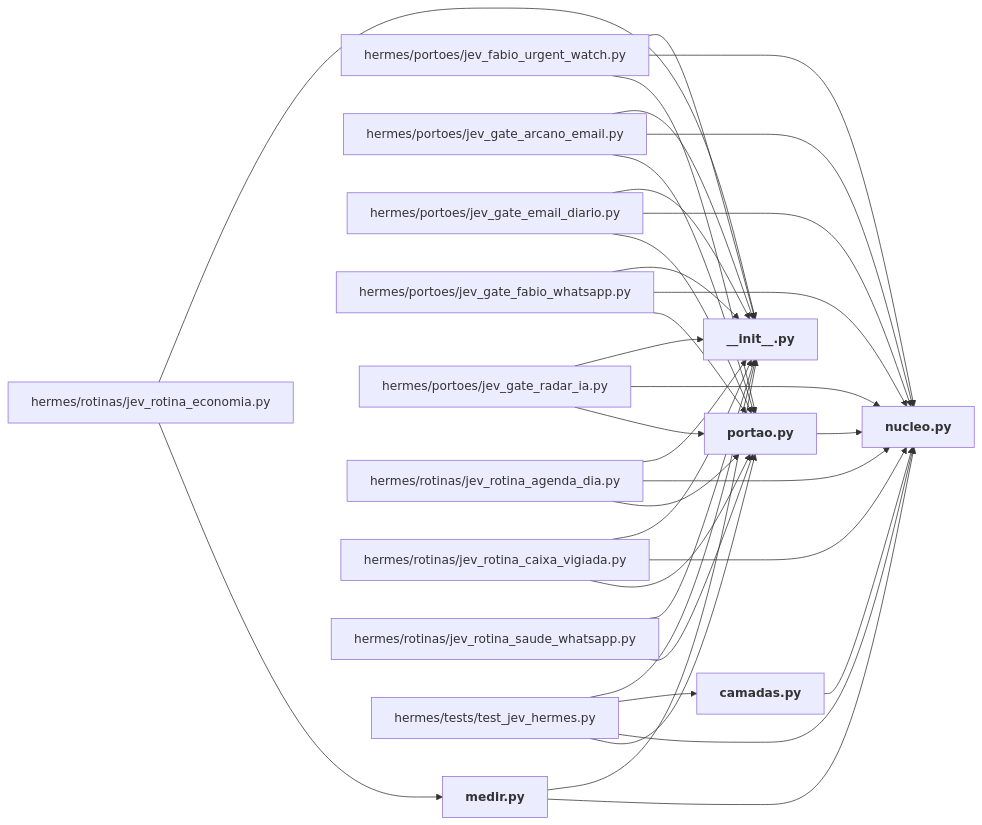
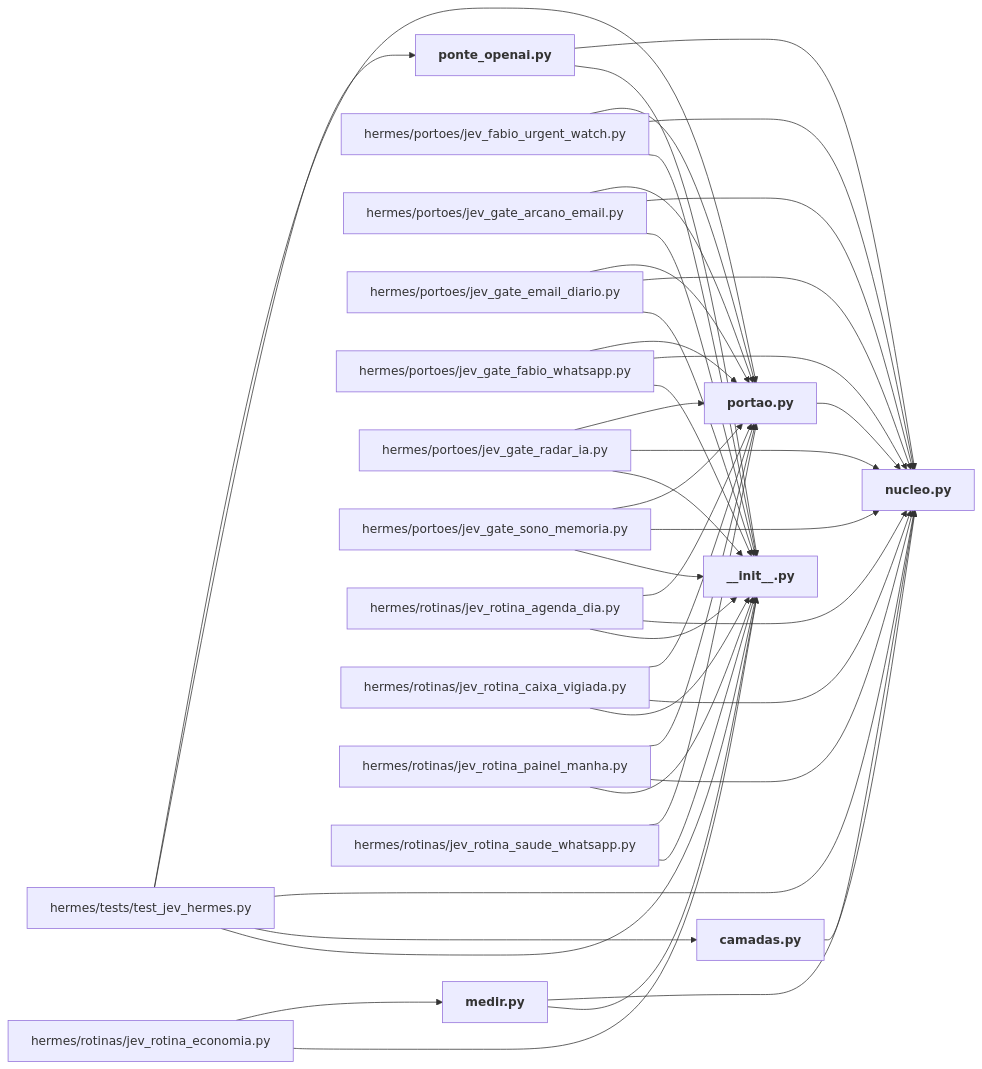
One commit to igormorais123/JEV changed the diagram in mapa/pastas/hermes__jev_hermes.md. Above: the diagram before and after it, drawn with Mermaid. The commit also changed other lines of this file and 44 other files, not shown here.

````diff
--- a/mapa/pastas/hermes__jev_hermes.md
+++ b/mapa/pastas/hermes__jev_hermes.md
@@ -21,51 +22,63 @@
 ```mermaid
 flowchart LR
   n_hermes_jev_hermes___init___py["<b>__init__.py</b>"]
   n_hermes_jev_hermes_camadas_py["<b>camadas.py</b>"]
   n_hermes_jev_hermes_medir_py["<b>medir.py</b>"]
   n_hermes_jev_hermes_nucleo_py["<b>nucleo.py</b>"]
+  n_hermes_jev_hermes_ponte_openai_py["<b>ponte_openai.py</b>"]
   n_hermes_jev_hermes_portao_py["<b>portao.py</b>"]
   n_hermes_portoes_jev_fabio_urgent_watch_py["hermes/portoes/jev_fabio_urgent_watch.py"]
   n_hermes_portoes_jev_gate_arcano_email_py["hermes/portoes/jev_gate_arcano_email.py"]
   n_hermes_portoes_jev_gate_email_diario_py["hermes/portoes/jev_gate_email_diario.py"]
   n_hermes_portoes_jev_gate_fabio_whatsapp_py["hermes/portoes/jev_gate_fabio_whatsapp.py"]
   n_hermes_portoes_jev_gate_radar_ia_py["hermes/portoes/jev_gate_radar_ia.py"]
+  n_hermes_portoes_jev_gate_sono_memoria_py["hermes/portoes/jev_gate_sono_memoria.py"]
   n_hermes_rotinas_jev_rotina_agenda_dia_py["hermes/rotinas/jev_rotina_agenda_dia.py"]
   n_hermes_rotinas_jev_rotina_caixa_vigiada_py["hermes/rotinas/jev_rotina_caixa_vigiada.py"]
   n_hermes_rotinas_jev_rotina_economia_py["hermes/rotinas/jev_rotina_economia.py"]
+  n_hermes_rotinas_jev_rotina_painel_manha_py["hermes/rotinas/jev_rotina_painel_manha.py"]
   n_hermes_rotinas_jev_rotina_saude_whatsapp_py["hermes/rotinas/jev_rotina_saude_whatsapp.py"]
   n_hermes_tests_test_jev_hermes_py["hermes/tests/test_jev_hermes.py"]
   n_hermes_jev_hermes_camadas_py --> n_hermes_jev_hermes_nucleo_py
   n_hermes_jev_hermes_medir_py --> n_hermes_jev_hermes___init___py
   n_hermes_jev_hermes_medir_py --> n_hermes_jev_hermes_nucleo_py
+  n_hermes_jev_hermes_ponte_openai_py --> n_hermes_jev_hermes___init___py
+  n_hermes_jev_hermes_ponte_openai_py --> n_hermes_jev_hermes_nucleo_py
   n_hermes_jev_hermes_portao_py --> n_hermes_jev_hermes_nucleo_py
   n_hermes_portoes_jev_fabio_urgent_watch_py --> n_hermes_jev_hermes___init___py
   n_hermes_portoes_jev_fabio_urgent_watch_py --> n_hermes_jev_hermes_nucleo_py
   n_hermes_portoes_jev_fabio_urgent_watch_py --> n_hermes_jev_hermes_portao_py
   n_hermes_portoes_jev_gate_arcano_email_py --> n_hermes_jev_hermes___init___py
   n_hermes_portoes_jev_gate_arcano_email_py --> n_hermes_jev_hermes_nucleo_py
   n_hermes_portoes_jev_gate_arcano_email_py --> n_hermes_jev_hermes_portao_py
   n_hermes_portoes_jev_gate_email_diario_py --> n_hermes_jev_hermes___init___py
   n_hermes_portoes_jev_gate_email_diario_py --> n_hermes_jev_hermes_nucleo_py
   n_hermes_portoes_jev_gate_email_diario_py --> n_hermes_jev_hermes_portao_py
   n_hermes_portoes_jev_gate_fabio_whatsapp_py --> n_hermes_jev_hermes___init___py
   n_hermes_portoes_jev_gate_fabio_whatsapp_py --> n_hermes_jev_hermes_nucleo_py
   n_hermes_portoes_jev_gate_fabio_whatsapp_py --> n_hermes_jev_hermes_portao_py
   n_hermes_portoes_jev_gate_radar_ia_py --> n_hermes_jev_hermes___init___py
   n_hermes_portoes_jev_gate_radar_ia_py --> n_hermes_jev_hermes_nucleo_py
   n_hermes_portoes_jev_gate_radar_ia_py --> n_hermes_jev_hermes_portao_py
+  n_hermes_portoes_jev_gate_sono_memoria_py --> n_hermes_jev_hermes___init___py
+  n_hermes_portoes_jev_gate_sono_memoria_py --> n_hermes_jev_hermes_nucleo_py
+  n_hermes_portoes_jev_gate_sono_memoria_py --> n_hermes_jev_hermes_portao_py
   n_hermes_rotinas_jev_rotina_agenda_dia_py --> n_hermes_jev_hermes___init___py
   n_hermes_rotinas_jev_rotina_agenda_dia_py --> n_hermes_jev_hermes_nucleo_py
   n_hermes_rotinas_jev_rotina_agenda_dia_py --> n_hermes_jev_hermes_portao_py
   n_hermes_rotinas_jev_rotina_caixa_vigiada_py --> n_hermes_jev_hermes___init___py
   n_hermes_rotinas_jev_rotina_caixa_vigiada_py --> n_hermes_jev_hermes_nucleo_py
   n_hermes_rotinas_jev_rotina_caixa_vigiada_py --> n_hermes_jev_hermes_portao_py
   n_hermes_rotinas_jev_rotina_economia_py --> n_hermes_jev_hermes___init___py
   n_hermes_rotinas_jev_rotina_economia_py --> n_hermes_jev_hermes_medir_py
+  n_hermes_rotinas_jev_rotina_painel_manha_py --> n_hermes_jev_hermes___init___py
+  n_hermes_rotinas_jev_rotina_painel_manha_py --> n_hermes_jev_hermes_nucleo_py
+  n_hermes_rotinas_jev_rotina_painel_manha_py --> n_hermes_jev_hermes_portao_py
   n_hermes_rotinas_jev_rotina_saude_whatsapp_py --> n_hermes_jev_hermes___init___py
   n_hermes_rotinas_jev_rotina_saude_whatsapp_py --> n_hermes_jev_hermes_portao_py
   n_hermes_tests_test_jev_hermes_py --> n_hermes_jev_hermes___init___py
   n_hermes_tests_test_jev_hermes_py --> n_hermes_jev_hermes_camadas_py
   n_hermes_tests_test_jev_hermes_py --> n_hermes_jev_hermes_nucleo_py
+  n_hermes_tests_test_jev_hermes_py --> n_hermes_jev_hermes_ponte_openai_py
   n_hermes_tests_test_jev_hermes_py --> n_hermes_jev_hermes_portao_py
 ```
````
